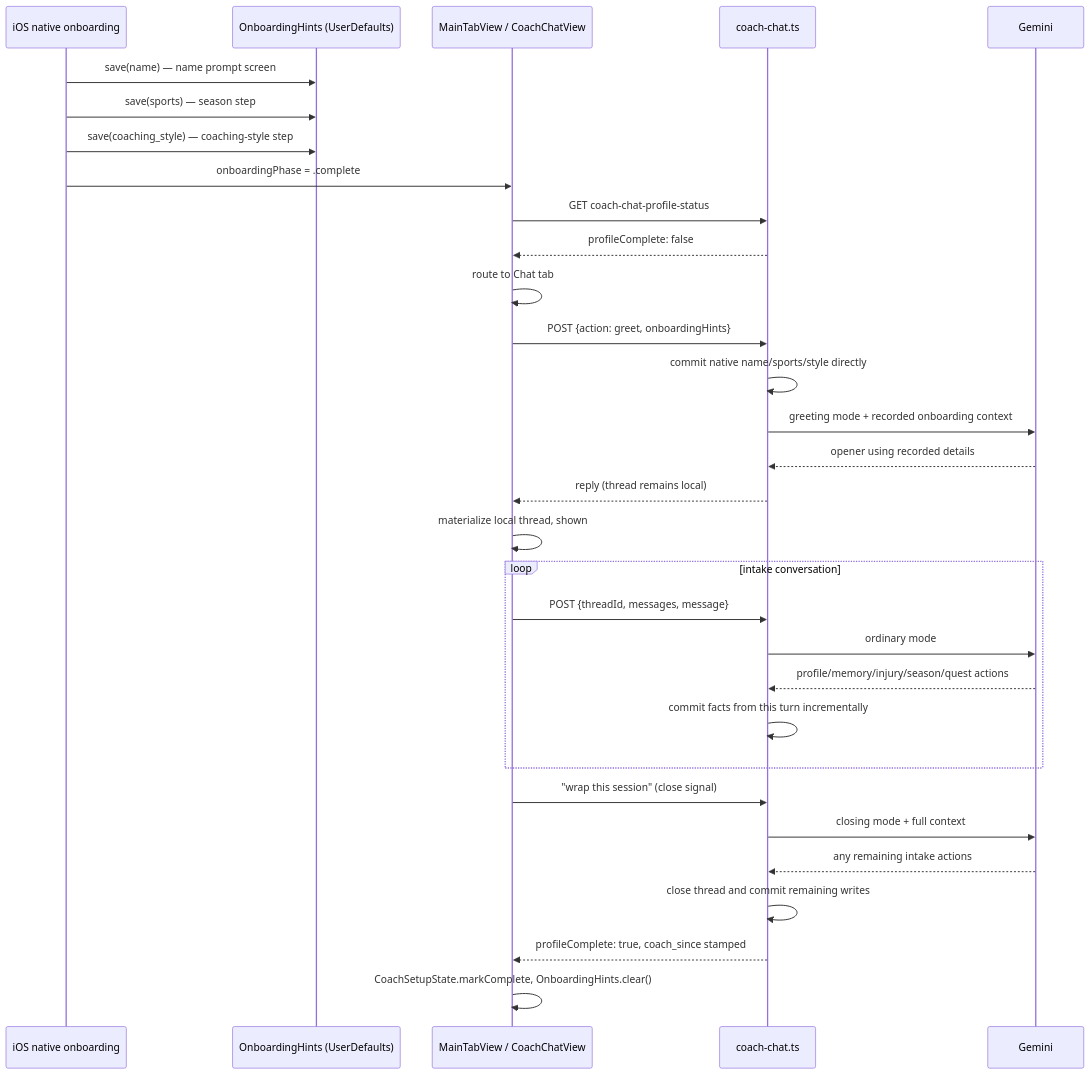
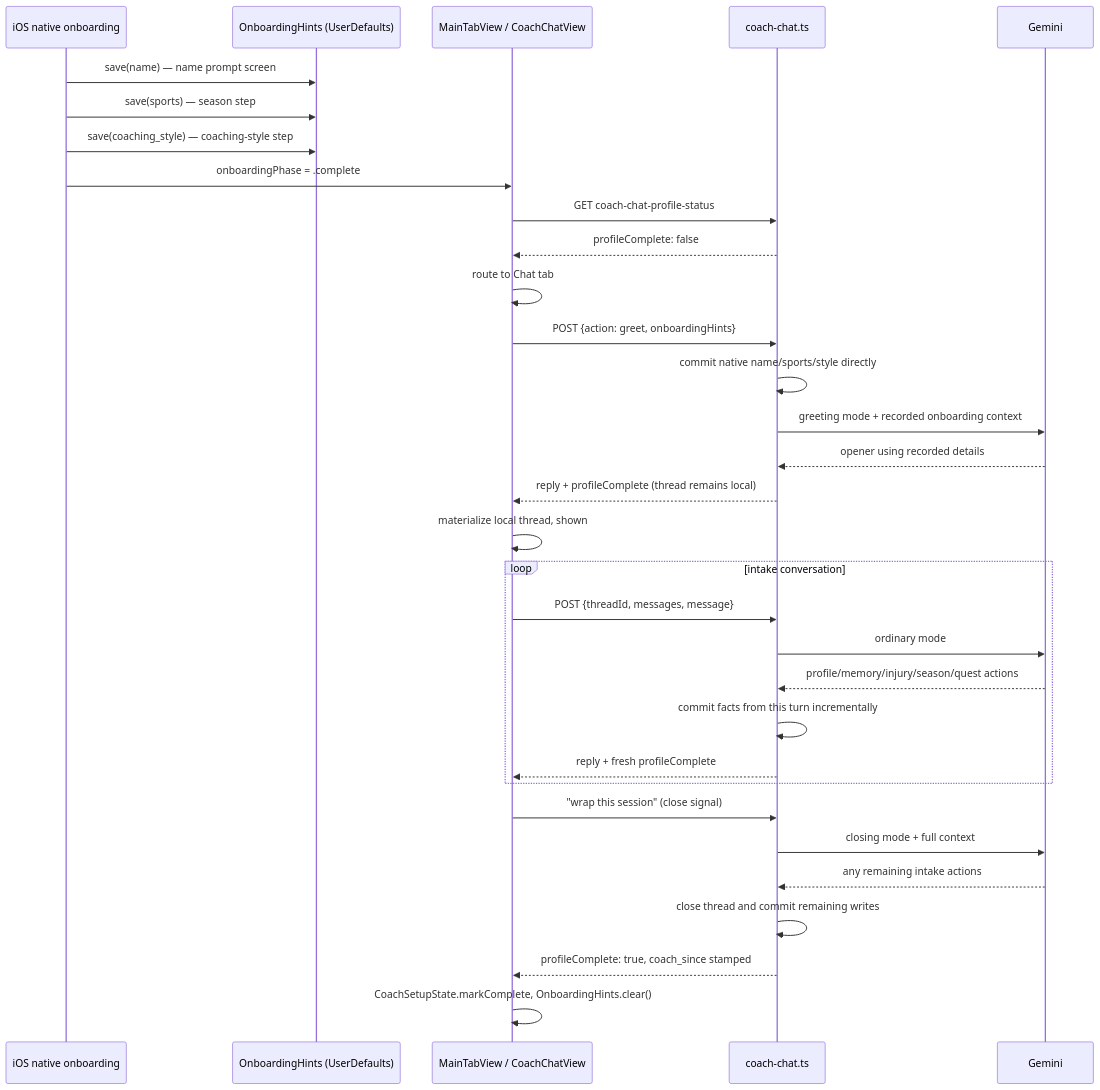
The fourth of 4 diagrams in docs/eng-docs/coach-chat-flow.md (sibling-shipyard/coach-hq), drawn with Mermaid before and after one commit. The commit also changed other lines of this file and 16 other files, not shown here.

````diff
--- a/docs/eng-docs/coach-chat-flow.md
+++ b/docs/eng-docs/coach-chat-flow.md
@@ -313,33 +321,34 @@
 ```mermaid
 sequenceDiagram
     participant Native as iOS native onboarding
     participant Hints as OnboardingHints (UserDefaults)
     participant App as MainTabView / CoachChatView
     participant Server as coach-chat.ts
     participant Gemini
     Native->>Hints: save(name) — name prompt screen
     Native->>Hints: save(sports) — season step
     Native->>Hints: save(coaching_style) — coaching-style step
     Native->>App: onboardingPhase = .complete
     App->>Server: GET coach-chat-profile-status
     Server-->>App: profileComplete: false
     App->>App: route to Chat tab
     App->>Server: POST {action: greet, onboardingHints}
     Server->>Server: commit native name/sports/style directly
     Server->>Gemini: greeting mode + recorded onboarding context
     Gemini-->>Server: opener using recorded details
-    Server-->>App: reply (thread remains local)
+    Server-->>App: reply + profileComplete (thread remains local)
     App->>App: materialize local thread, shown
     loop intake conversation
         App->>Server: POST {threadId, messages, message}
         Server->>Gemini: ordinary mode
         Gemini-->>Server: profile/memory/injury/season/quest actions
         Server->>Server: commit facts from this turn incrementally
+        Server-->>App: reply + fresh profileComplete
     end
     App->>Server: "wrap this session" (close signal)
     Server->>Gemini: closing mode + full context
     Gemini-->>Server: any remaining intake actions
     Server->>Server: close thread and commit remaining writes
     Server-->>App: profileComplete: true, coach_since stamped
     App->>App: CoachSetupState.markComplete, OnboardingHints.clear()
 ```
````
